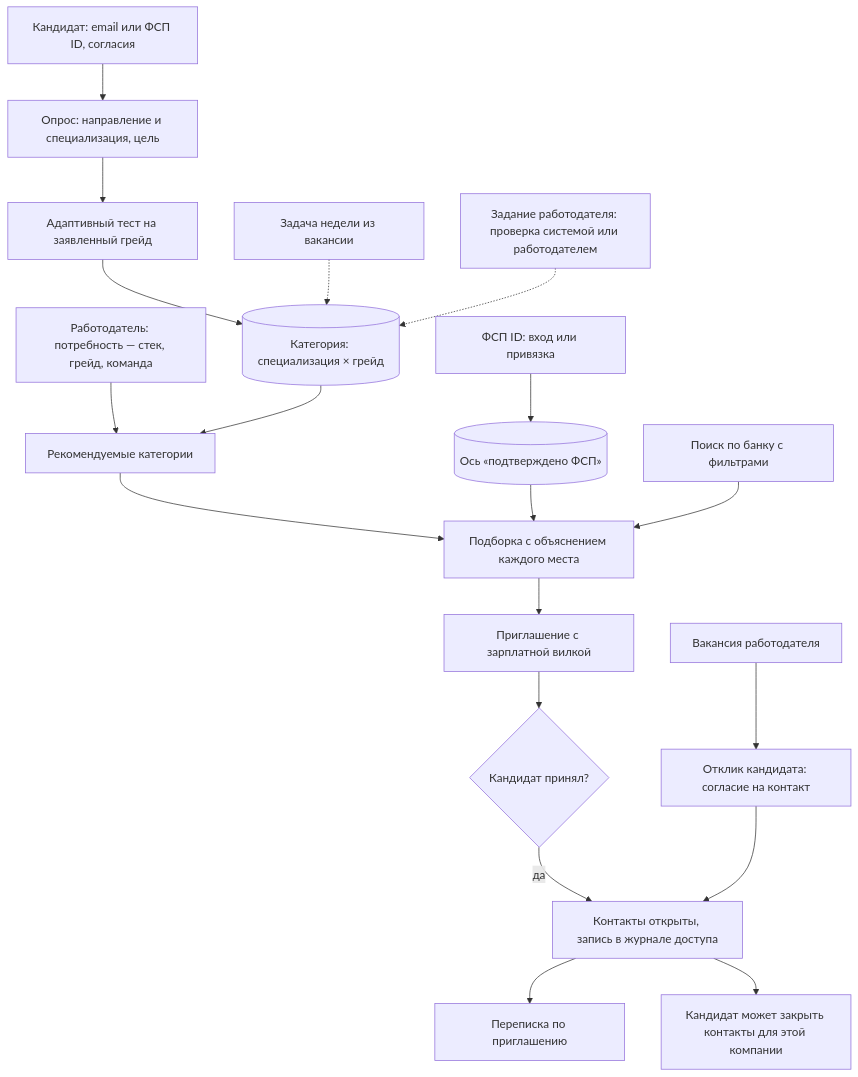
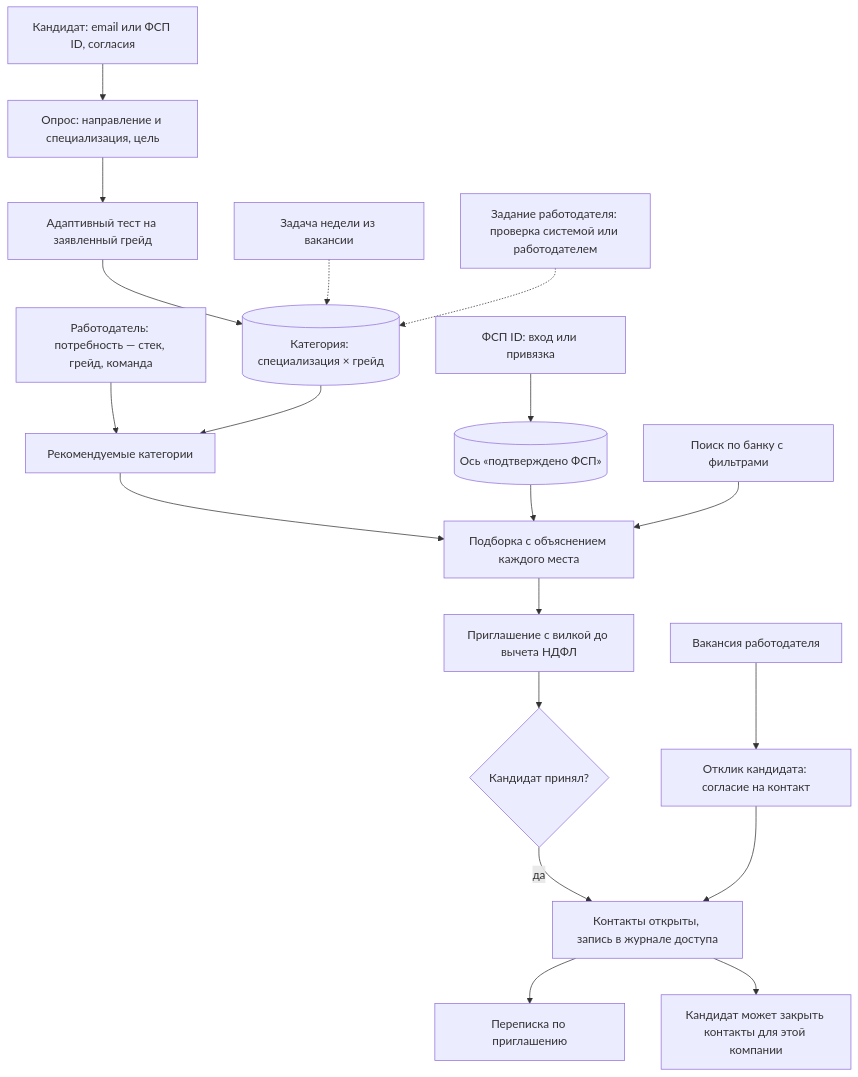
One commit to KonkovDV/fsp-talent changed the first of 2 diagrams in docs/SOLUTION.md. Above: the diagram before and after it, drawn with Mermaid. The commit also changed other lines of this file and 99 other files, not shown here.

````diff
--- a/docs/SOLUTION.md
+++ b/docs/SOLUTION.md
@@ -26,21 +26,21 @@
 ```mermaid
 flowchart TD
   R[Кандидат: email или ФСП ID, согласия] --> S[Опрос: направление и специализация, цель]
   S --> T[Адаптивный тест на заявленный грейд]
   T --> C[(Категория: специализация × грейд)]
   W[Задача недели из вакансии] -.-> C
   ET[Задание работодателя: проверка системой или работодателем] -.-> C
   F[ФСП ID: вход или привязка] --> X[(Ось «подтверждено ФСП»)]
   N[Работодатель: потребность — стек, грейд, команда] --> K[Рекомендуемые категории]
   C --> K
   K --> L[Подборка с объяснением каждого места]
   X --> L
   B[Поиск по банку с фильтрами] --> L
-  L --> I[Приглашение с зарплатной вилкой]
+  L --> I[Приглашение с вилкой до вычета НДФЛ]
   I --> A{Кандидат принял?}
   A -- да --> O[Контакты открыты, запись в журнале доступа]
   O --> M[Переписка по приглашению]
   O --> RV[Кандидат может закрыть контакты для этой компании]
   V[Вакансия работодателя] --> Ap[Отклик кандидата: согласие на контакт]
   Ap --> O
 ```
````
